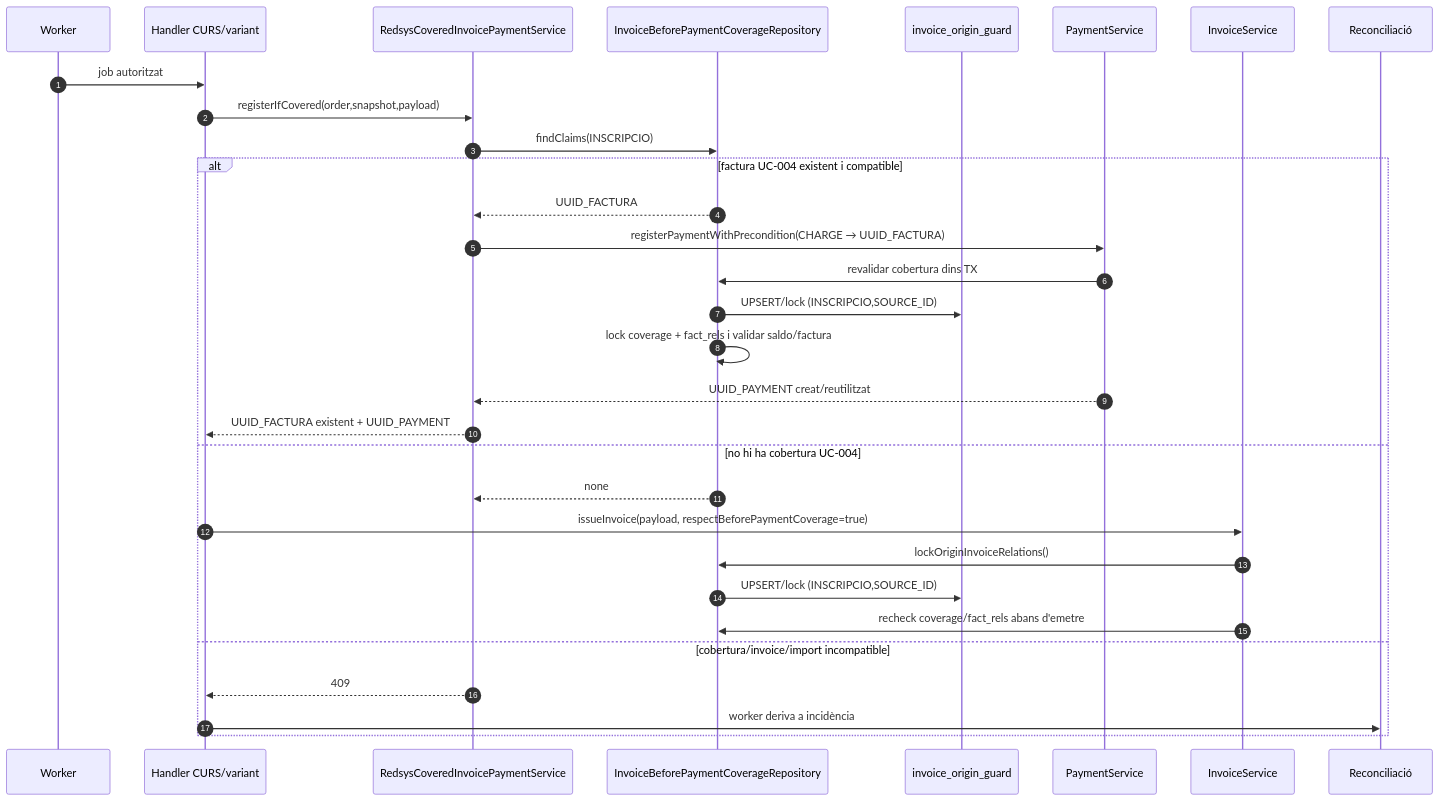
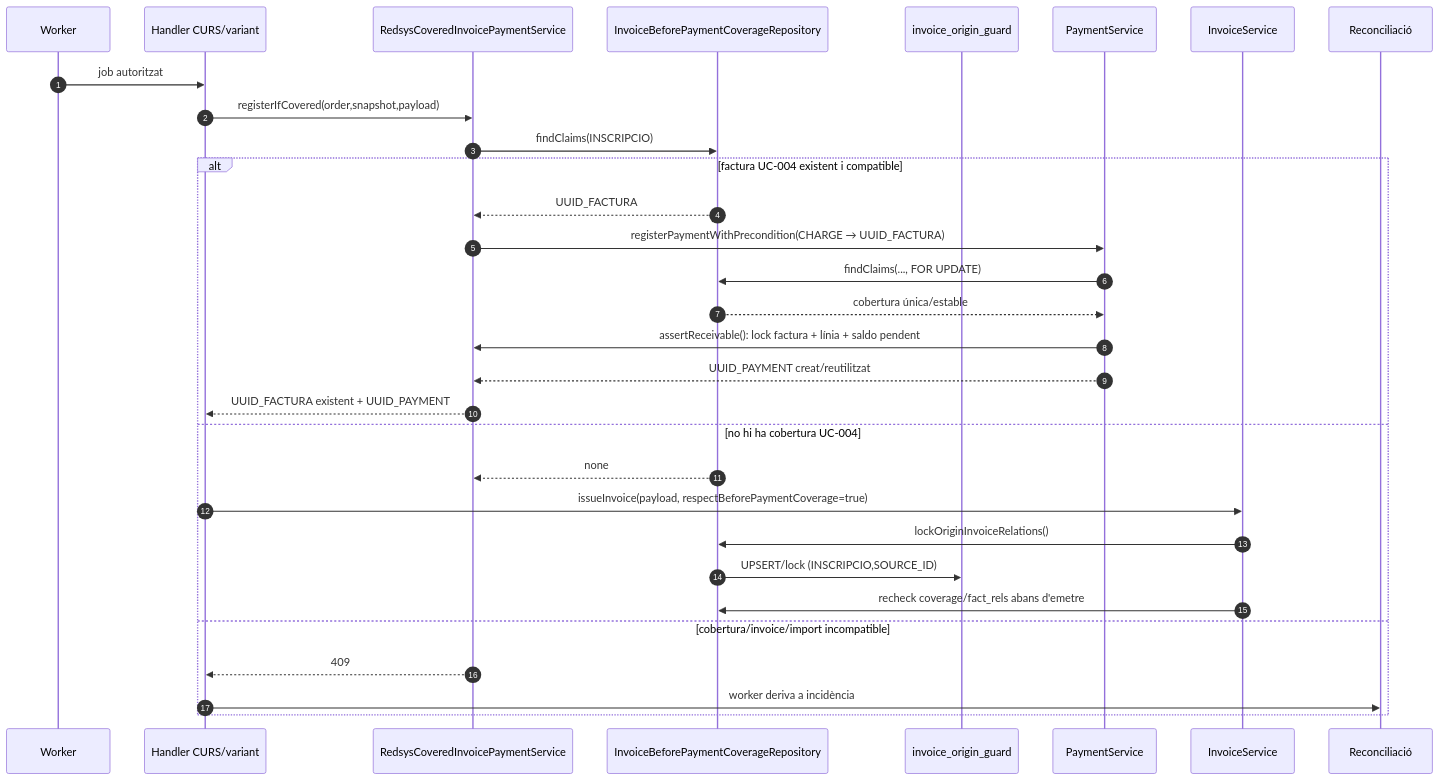
The eighth of 8 diagrams in documentacio/07-uml-integrat/uc-003-sequencies-actual-final.md (orgmeriemprismacat-del/verifactu), drawn with Mermaid before and after one commit. The commit also changed other lines of this file and 3 other files, not shown here.

Commit message:
fix(UC-003): fail closed on ambiguous CURS IDPAG and reconcile sequence

````diff
--- a/documentacio/07-uml-integrat/uc-003-sequencies-actual-final.md
+++ b/documentacio/07-uml-integrat/uc-003-sequencies-actual-final.md
@@ -206,34 +206,34 @@
 ```mermaid
 sequenceDiagram
 autonumber
 participant W as Worker
 participant H as Handler CURS/variant
 participant F as RedsysCoveredInvoicePaymentService
 participant Cov as InvoiceBeforePaymentCoverageRepository
 participant Guard as invoice_origin_guard
 participant Pay as PaymentService
 participant Inv as InvoiceService
 participant Inc as Reconciliació
 
 W->>H: job autoritzat
 H->>F: registerIfCovered(order,snapshot,payload)
 F->>Cov: findClaims(INSCRIPCIO)
 alt factura UC-004 existent i compatible
   Cov-->>F: UUID_FACTURA
   F->>Pay: registerPaymentWithPrecondition(CHARGE → UUID_FACTURA)
-  Pay->>Cov: revalidar cobertura dins TX
-  Cov->>Guard: UPSERT/lock (INSCRIPCIO,SOURCE_ID)
-  Cov->>Cov: lock coverage + fact_rels i validar saldo/factura
+  Pay->>Cov: findClaims(..., FOR UPDATE)
+  Cov-->>Pay: cobertura única/estable
+  Pay->>F: assertReceivable(): lock factura + línia + saldo pendent
   Pay-->>F: UUID_PAYMENT creat/reutilitzat
   F-->>H: UUID_FACTURA existent + UUID_PAYMENT
 else no hi ha cobertura UC-004
   Cov-->>F: none
   H->>Inv: issueInvoice(payload, respectBeforePaymentCoverage=true)
   Inv->>Cov: lockOriginInvoiceRelations()
   Cov->>Guard: UPSERT/lock (INSCRIPCIO,SOURCE_ID)
   Inv->>Cov: recheck coverage/fact_rels abans d'emetre
 else cobertura/invoice/import incompatible
   F-->>H: 409
   H->>Inc: worker deriva a incidència
 end
 ```
````
